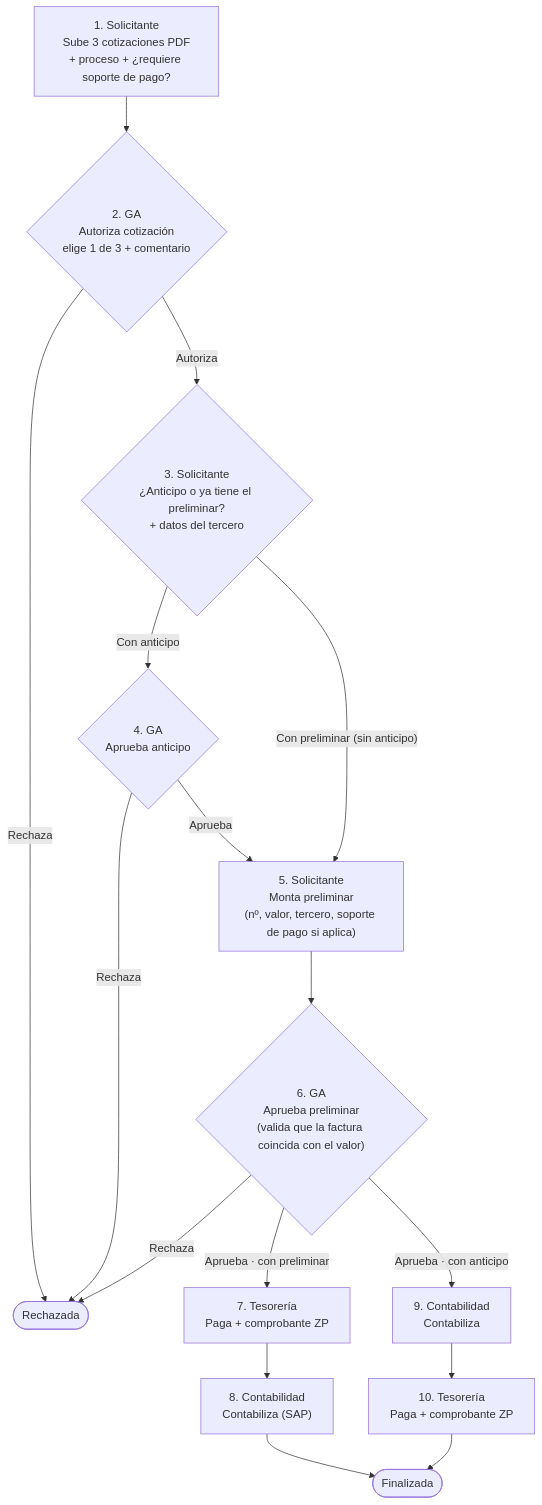
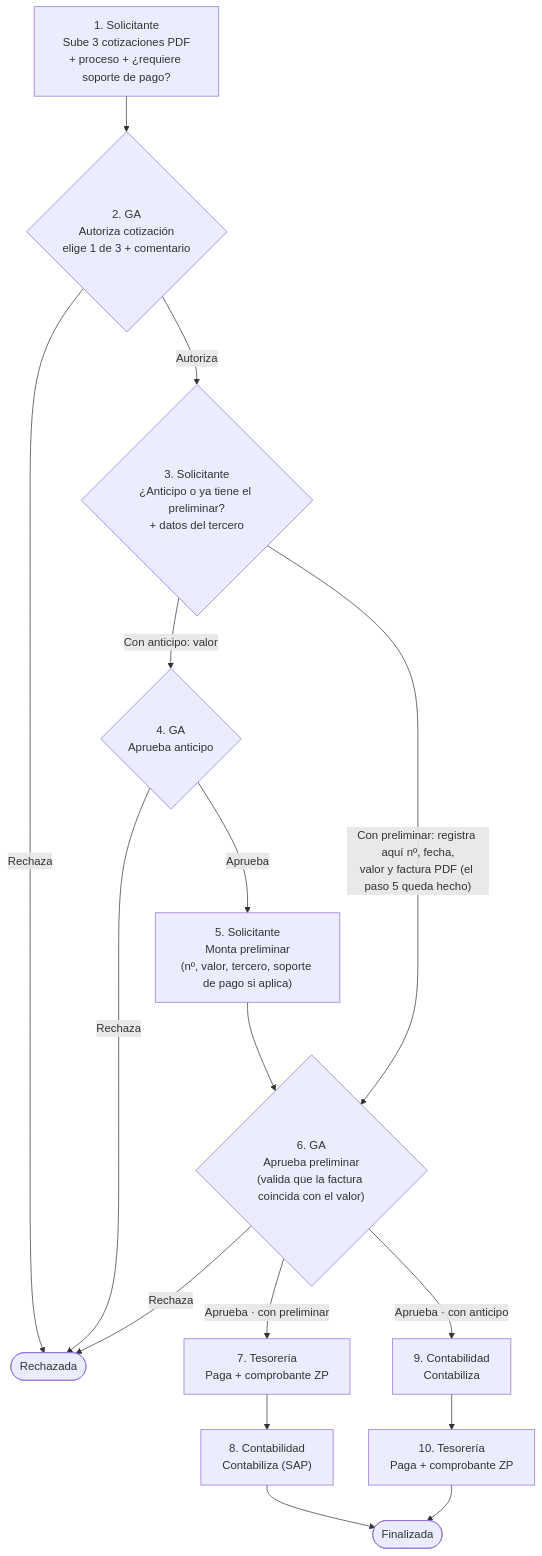
The first of 3 diagrams in docs/FLUJOS.md (cesararr1108/control-gastos), drawn with Mermaid before and after one commit. The commit also changed other lines of this file and 6 other files, not shown here.

First line of the commit message:
Definir anticipo: con "ya tengo el preliminar" se registra el preliminar y la factura en ese paso

````diff
--- a/docs/FLUJOS.md
+++ b/docs/FLUJOS.md
@@ -44,21 +44,21 @@
 ```mermaid
 flowchart TD
     A["1. Solicitante<br/>Sube 3 cotizaciones PDF<br/>+ proceso + ¿requiere soporte de pago?"] --> B
     B{"2. GA<br/>Autoriza cotización<br/>elige 1 de 3 + comentario"}
     B -- Rechaza --> X([Rechazada])
     B -- Autoriza --> C
     C{"3. Solicitante<br/>¿Anticipo o ya tiene el preliminar?<br/>+ datos del tercero"}
-    C -- "Con anticipo" --> D{"4. GA<br/>Aprueba anticipo"}
-    C -- "Con preliminar (sin anticipo)" --> E
+    C -- "Con anticipo: valor" --> D{"4. GA<br/>Aprueba anticipo"}
+    C -- "Con preliminar: registra aquí nº, fecha,<br/>valor y factura PDF (el paso 5 queda hecho)" --> F
     D -- Rechaza --> X
     D -- Aprueba --> E
     E["5. Solicitante<br/>Monta preliminar<br/>(nº, valor, tercero, soporte de pago si aplica)"] --> F
     F{"6. GA<br/>Aprueba preliminar<br/>(valida que la factura coincida con el valor)"}
     F -- Rechaza --> X
     F -- "Aprueba · con preliminar" --> P1
     F -- "Aprueba · con anticipo" --> C1
     P1["7. Tesorería<br/>Paga + comprobante ZP"] --> C2["8. Contabilidad<br/>Contabiliza (SAP)"]
     C1["9. Contabilidad<br/>Contabiliza"] --> P2["10. Tesorería<br/>Paga + comprobante ZP"]
     C2 --> Z([Finalizada])
     P2 --> Z
 ```
````
